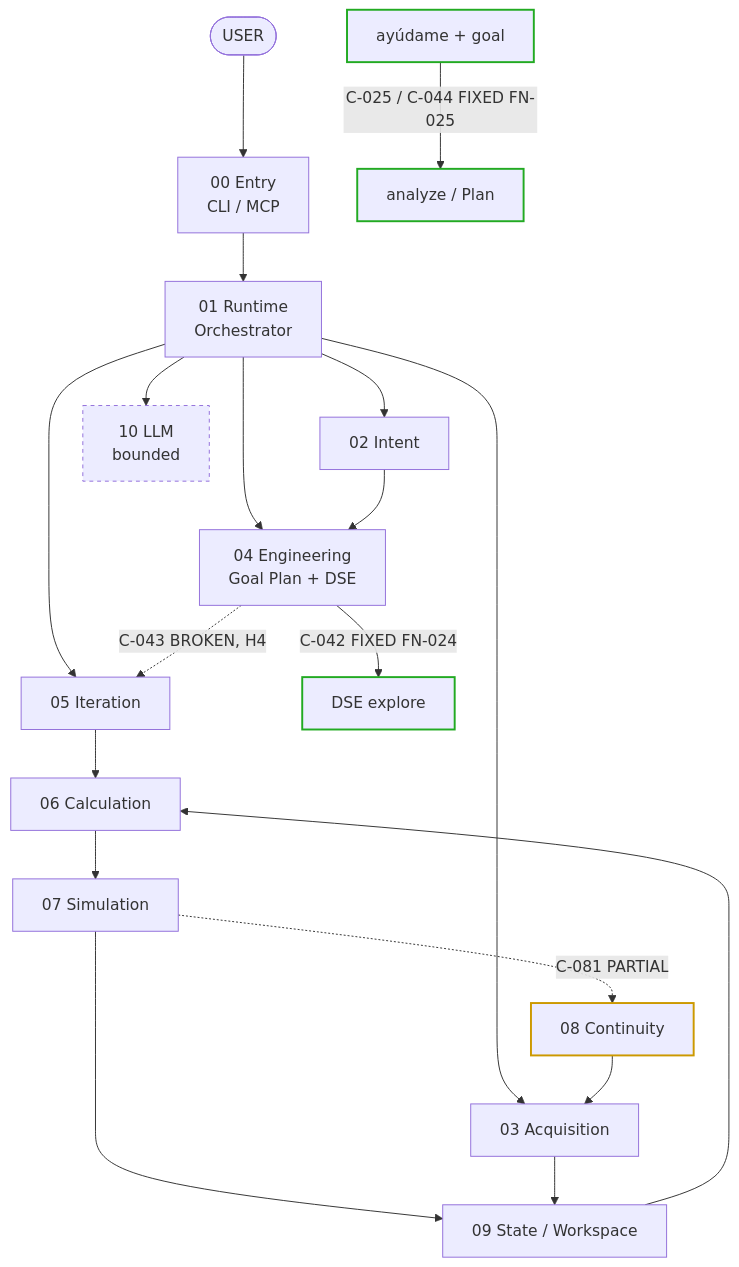
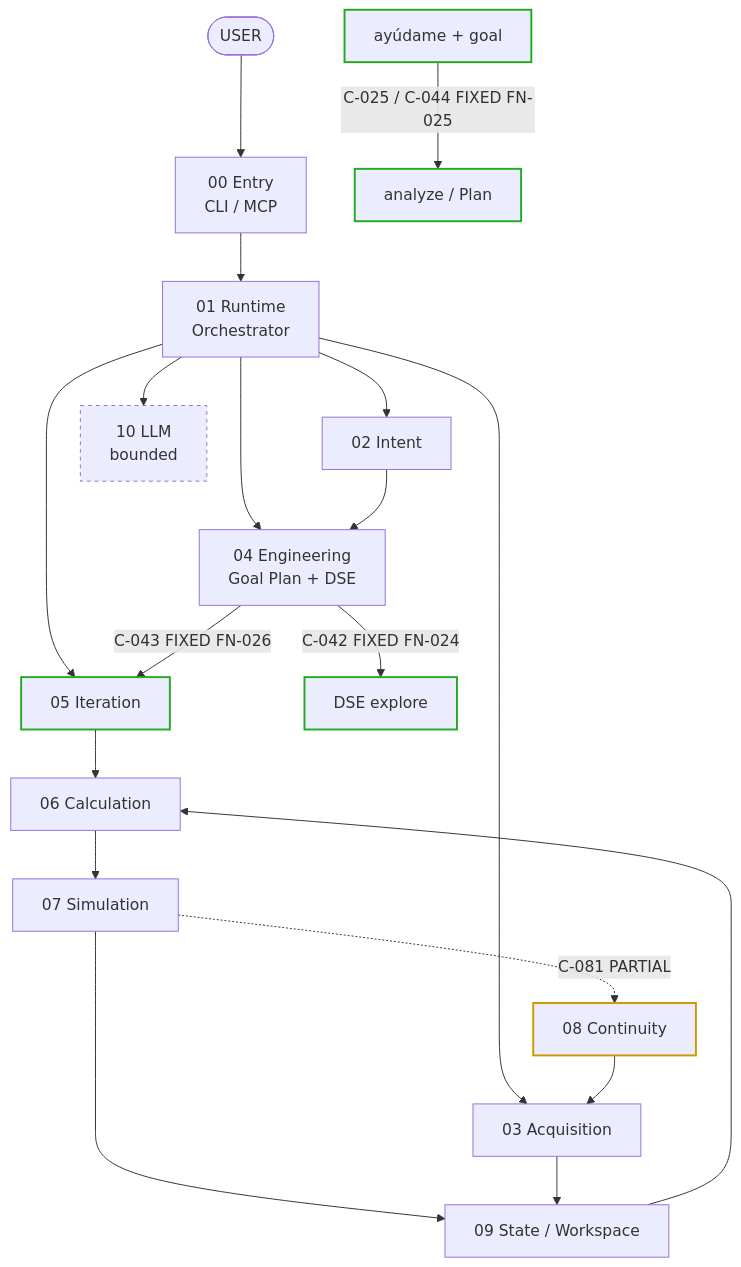
One commit to mcuestamunoz/Jarvis changed the diagram in docs/system_map/DIAGRAMS.md. Above: the diagram before and after it, drawn with Mermaid. The commit also changed other lines of this file and 18 other files, not shown here.

````diff
--- a/docs/system_map/DIAGRAMS.md
+++ b/docs/system_map/DIAGRAMS.md
@@ -39,32 +41,32 @@
 ```mermaid
 flowchart TB
   USER([USER]) --> ENTRY[00 Entry<br/>CLI / MCP]
   ENTRY --> RT[01 Runtime<br/>Orchestrator]
 
   RT --> INTENT[02 Intent]
   RT --> ACQ[03 Acquisition]
   RT --> ENG[04 Engineering<br/>Goal Plan + DSE]
   RT --> ITER[05 Iteration]
   RT --> LLM[10 LLM<br/>bounded]
 
   INTENT --> ENG
   ENG -->|C-042 FIXED FN-024| DSE[DSE explore]
-  ENG -.->|C-043 BROKEN, H4| ITER
+  ENG -->|C-043 FIXED FN-026| ITER
   HELP[ayúdame + goal] -->|C-025 / C-044 FIXED FN-025| ANALYZE[analyze / Plan]
 
   ITER --> CALC[06 Calculation]
   CALC --> SIM[07 Simulation]
   SIM --> STATE[09 State / Workspace]
   SIM -.->|C-081 PARTIAL| CONT[08 Continuity]
   ACQ --> STATE
   CONT --> ACQ
   STATE --> CALC
 
   classDef broken stroke:#c44,stroke-width:2px,stroke-dasharray: 5 3;
   classDef partial stroke:#c90,stroke-width:2px;
   classDef fixed stroke:#2a2,stroke-width:2px;
   classDef llm stroke-dasharray: 4 4;
-  class DSE,ANALYZE,HELP fixed;
+  class DSE,ANALYZE,HELP,ITER fixed;
   class CONT partial;
   class LLM llm;
 ```
````
